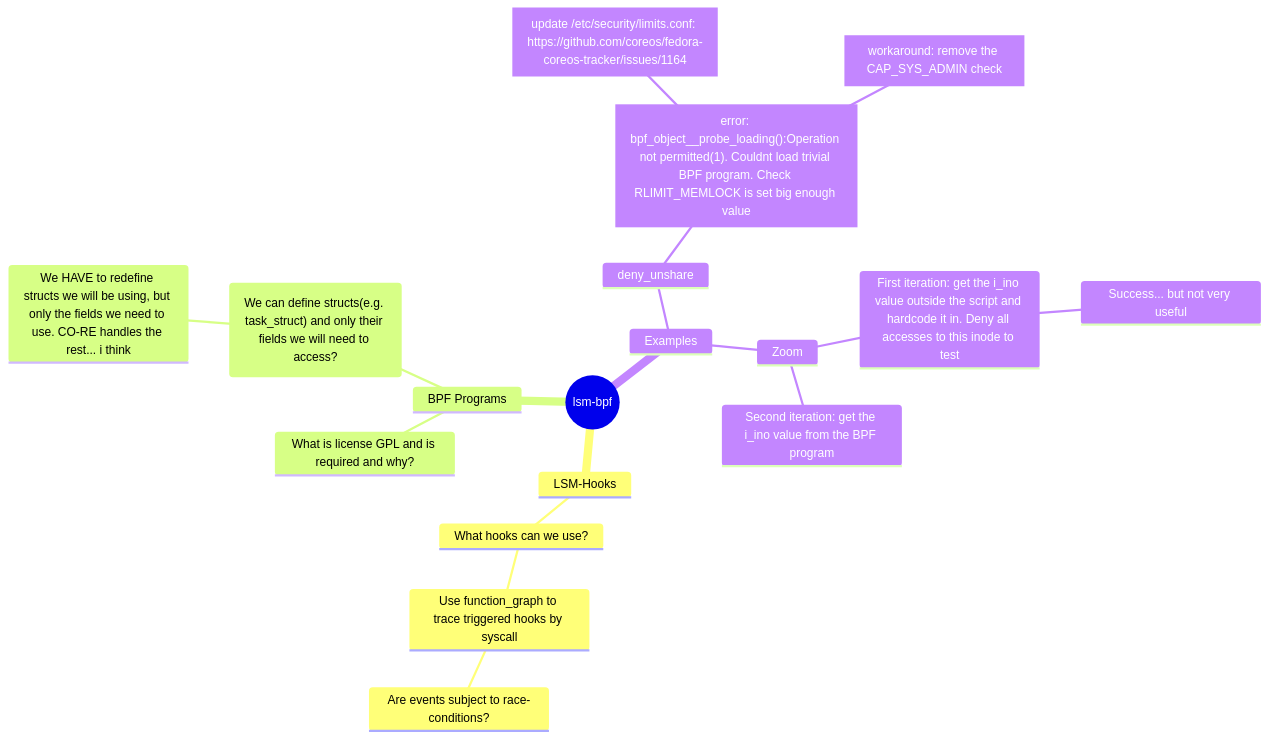
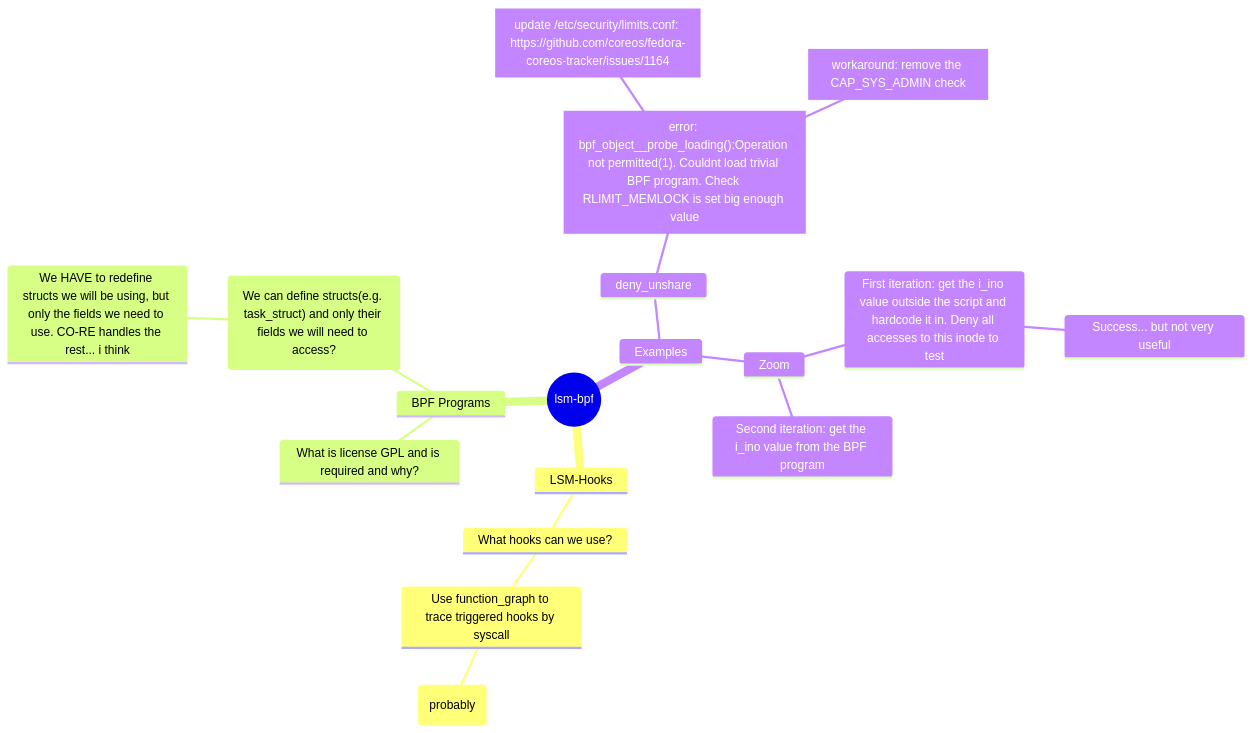
The diagram in Questions:.md (Turbodunker/lsm-bpf), drawn with Mermaid before and after one commit.

Commit message:
Updated Questions: (markdown)

````diff
--- a/Questions:.md
+++ b/Questions:.md
@@ -17,22 +17,22 @@
 ``` mermaid
     mindmap
         root((lsm-bpf))
             LSM-Hooks
                 What hooks can we use?
                     Use function_graph to trace triggered hooks by syscall
-                        Are events subject to race-conditions?
+                        Are events/hook order subject to race-conditions?(probably)
             BPF Programs
                 What is license GPL and is required and why?
                 ("We can define structs(e.g. task_struct) and only their fields we will need to access?")
                     We HAVE to redefine structs we will be using, but only the fields we need to use. CO-RE handles the rest... i think
             Examples
                 deny_unshare
                     id1["error: bpf_object__probe_loading():Operation not permitted(1). Couldnt load trivial BPF program. Check RLIMIT_MEMLOCK is set big enough value"]
                         id2["update /etc/security/limits.conf: https://github.com/coreos/fedora-coreos-tracker/issues/1164"]
                         workaround["workaround: remove the CAP_SYS_ADMIN check"]
                 Zoom
                     First iteration: get the i_ino value outside the script and hardcode it in. Deny all accesses to this inode to test
                         Success... but not very useful
                     Second iteration: get the i_ino value from the BPF program
 
 ```
````
